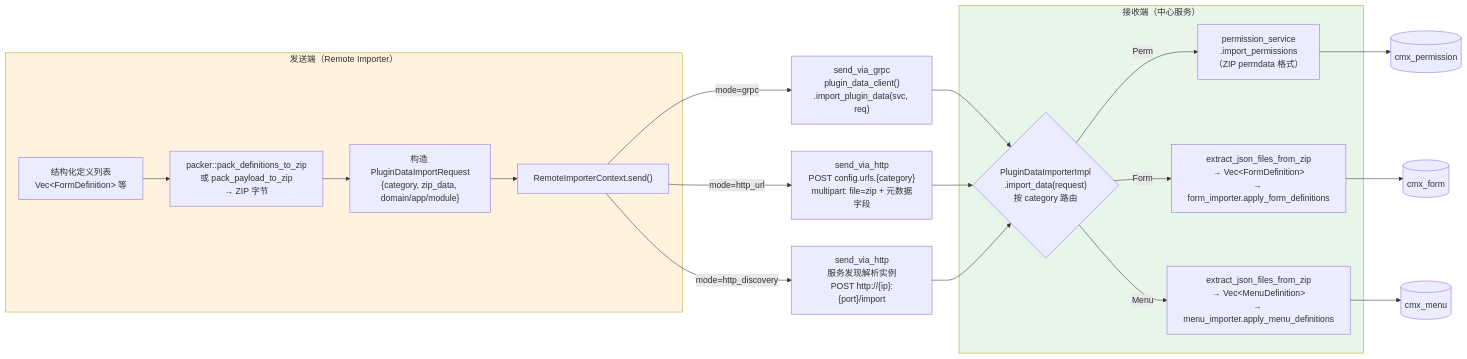
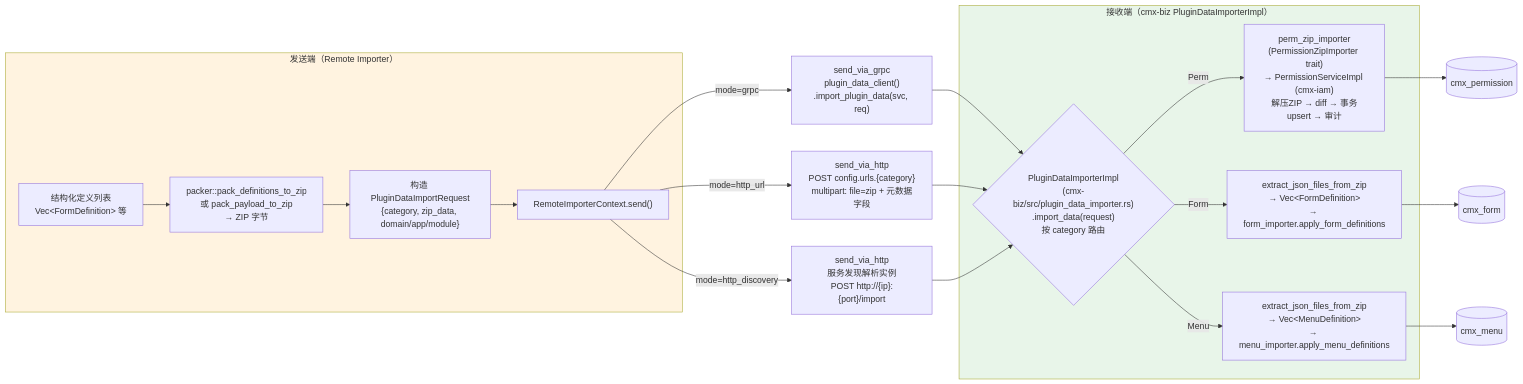
Before and after one commit to warpdrivelabs/cmx-container: the fourth of 7 diagrams in .trae/documents/20260703_cmx-plugin_模块导入导出流程图.md, drawn with Mermaid. The commit also changed other lines of this file and 10 other files, not shown here.

First line of the commit message:
refactor(cmx-biz): PluginDataImporterImpl 从 cmx-iam 迁移至 cmx-biz

````diff
--- a/.trae/documents/20260703_cmx-plugin_模块导入导出流程图.md
+++ b/.trae/documents/20260703_cmx-plugin_模块导入导出流程图.md
@@ -139,34 +141,34 @@
 ```mermaid
 flowchart LR
     subgraph 发送端["发送端（Remote Importer）"]
         DEF["结构化定义列表<br/>Vec&lt;FormDefinition&gt; 等"]
         PACK["packer::pack_definitions_to_zip<br/>或 pack_payload_to_zip<br/>→ ZIP 字节"]
         REQ["构造 PluginDataImportRequest<br/>{category, zip_data, domain/app/module}"]
         SEND["RemoteImporterContext.send()"]
     end
 
     DEF --> PACK --> REQ --> SEND
 
     SEND -->|mode=grpc| GRPC_SEND["send_via_grpc<br/>plugin_data_client()<br/>.import_plugin_data(svc, req)"]
     SEND -->|mode=http_url| HTTP_SEND["send_via_http<br/>POST config.urls.{category}<br/>multipart: file=zip + 元数据字段"]
     SEND -->|mode=http_discovery| HTTP_D_SEND["send_via_http<br/>服务发现解析实例<br/>POST http://{ip}:{port}/import"]
 
     GRPC_SEND --> RECV
     HTTP_SEND --> RECV
     HTTP_D_SEND --> RECV
 
-    subgraph 接收端["接收端（中心服务）"]
-        RECV{"PluginDataImporterImpl<br/>.import_data(request)<br/>按 category 路由"}
+    subgraph 接收端["接收端（cmx-biz PluginDataImporterImpl）"]
+        RECV{"PluginDataImporterImpl<br/>(cmx-biz/src/plugin_data_importer.rs)<br/>.import_data(request)<br/>按 category 路由"}
 
-        RECV -->|Perm| PERM["permission_service<br/>.import_permissions<br/>（ZIP permdata 格式）"]
+        RECV -->|Perm| PERM["perm_zip_importer<br/>(PermissionZipImporter trait)<br/>→ PermissionServiceImpl (cmx-iam)<br/>解压ZIP → diff → 事务upsert → 审计"]
         RECV -->|Form| FORM["extract_json_files_from_zip<br/>→ Vec&lt;FormDefinition&gt;<br/>→ form_importer.apply_form_definitions"]
         RECV -->|Menu| MENU["extract_json_files_from_zip<br/>→ Vec&lt;MenuDefinition&gt;<br/>→ menu_importer.apply_menu_definitions"]
     end
 
     PERM --> DB[("cmx_permission")]
     FORM --> DB2[("cmx_form")]
     MENU --> DB3[("cmx_menu")]
 
     style 发送端 fill:#fff3e0
     style 接收端 fill:#e8f5e9
 ```
````
